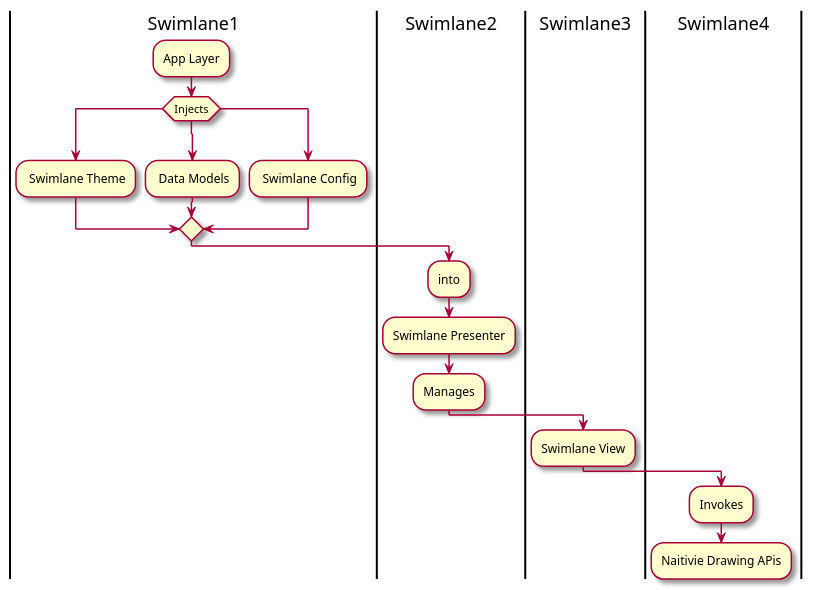
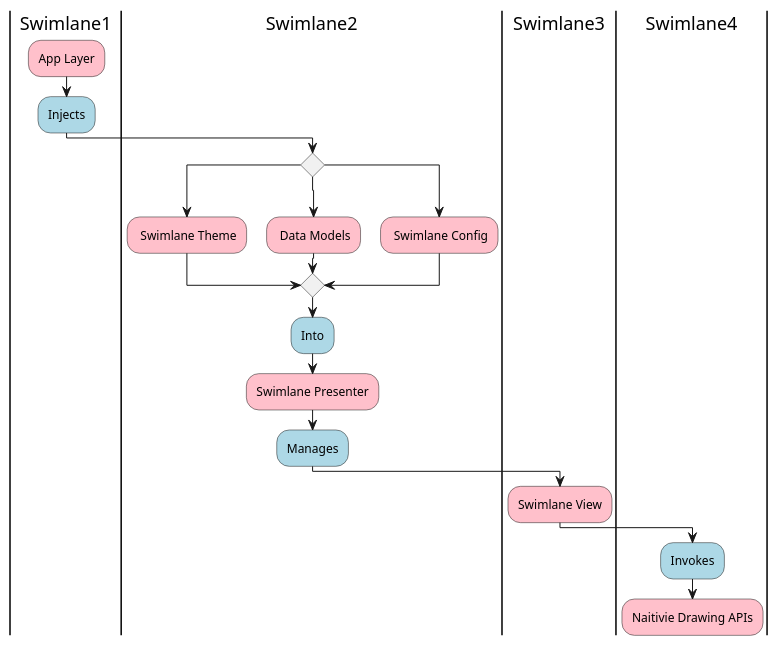
One commit to vl1021/pumlcharts changed the diagram in diagrams/TrendGraphArchitectureCrossSectionUML.puml. Above: the diagram before and after it, drawn with PlantUML. The commit also changed 6 other files, not shown here.

Commit message:
Swimlane Diagrams, Adds color

```diff
--- a/diagrams/TrendGraphArchitectureCrossSectionUML.puml
+++ b/diagrams/TrendGraphArchitectureCrossSectionUML.puml
@@ -1,22 +1,23 @@
 @startuml
-skin rose
 | Swimlane1 |
-:App Layer;
-switch (Injects) 
+#Pink:App Layer;
+#LightBlue :Injects;
+| Swimlane2 |
+switch () 
 case ( )
-    : Swimlane Theme;
+    #Pink : Swimlane Theme;
 case ( )
-    : Data Models;
+    #Pink : Data Models;
 case ( )
-    : Swimlane Config;
+    #Pink : Swimlane Config;
 endswitch
 | Swimlane2 |
-:into;
-:Swimlane Presenter;
-:Manages;
+#LightBlue :Into;
+#Pink :Swimlane Presenter;
+#LightBlue :Manages;
 | Swimlane3 |
-:Swimlane View;
+#Pink:Swimlane View;
 | Swimlane4 |
-:Invokes;
-:Naitivie Drawing APis;
+#LightBlue :Invokes;
+#Pink :Naitivie Drawing APIs;
 @enduml
```
